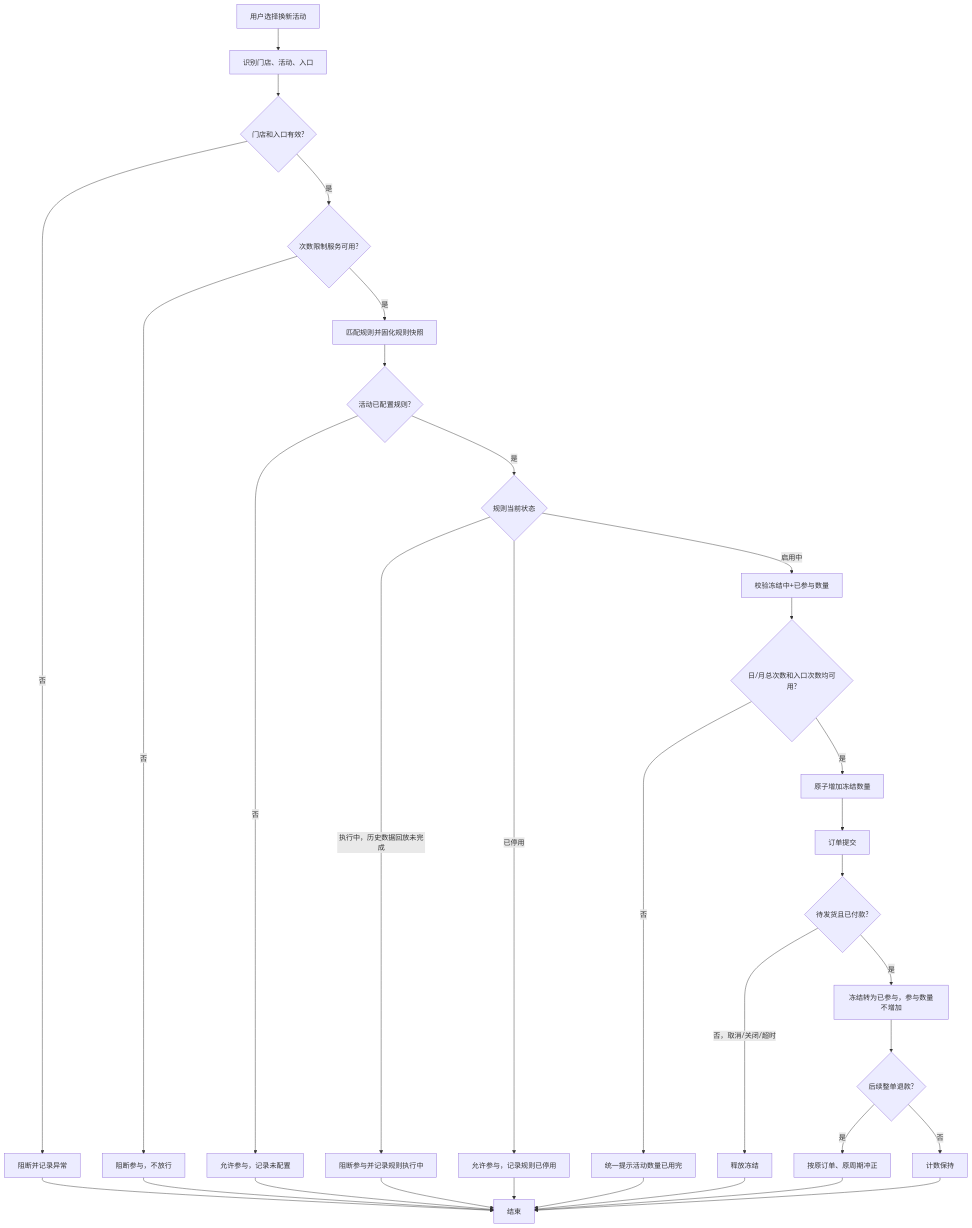
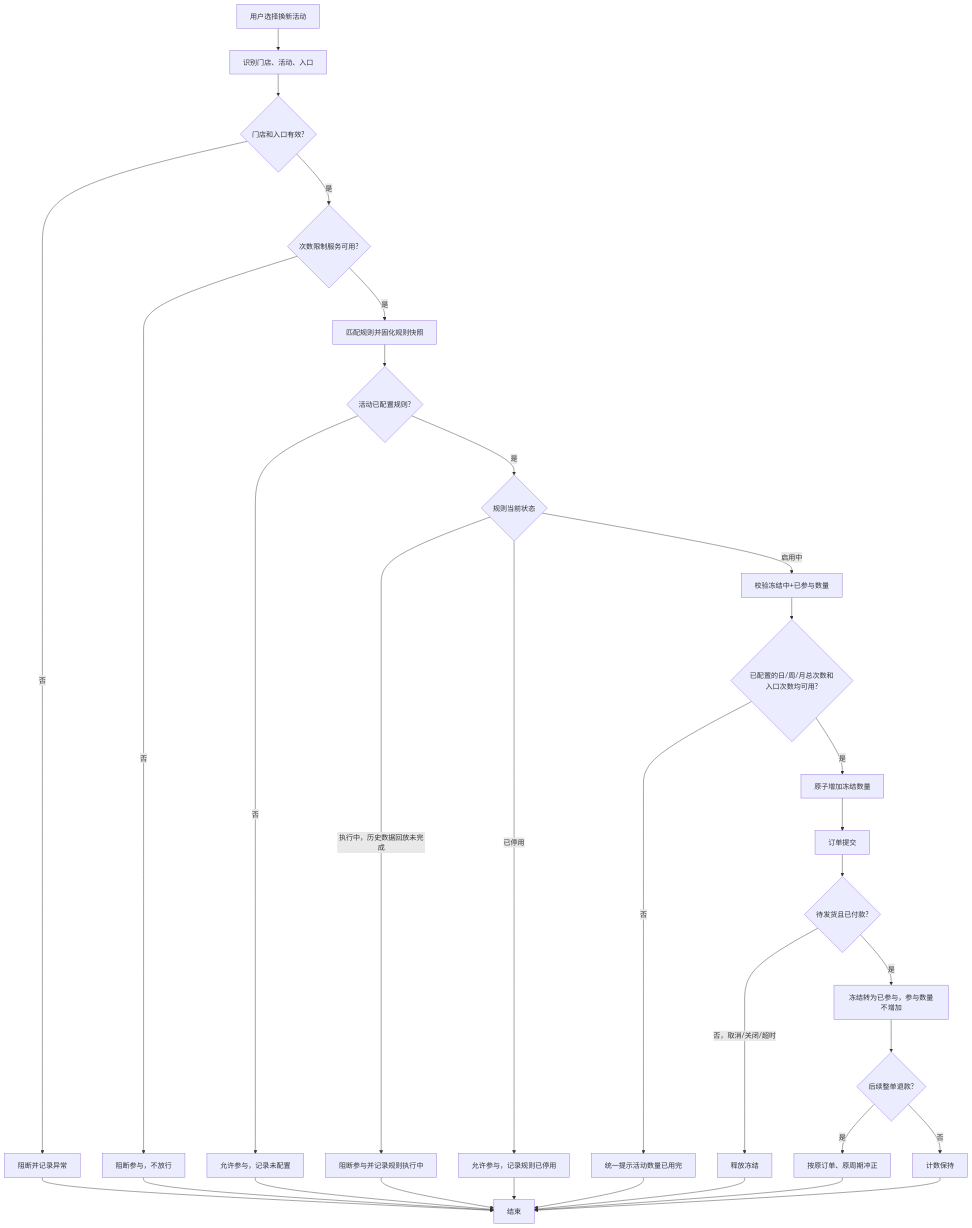
The diagram in prd.md (HBicon/renewal-activity-quota-review), drawn with Mermaid before and after one commit. The commit also changed other lines of this file and 7 other files, not shown here.

````diff
--- a/prd.md
+++ b/prd.md
@@ -518,34 +535,34 @@
 ```mermaid
 flowchart TD
     A[用户选择换新活动] --> B[识别门店、活动、入口]
     B --> C{门店和入口有效?}
     C -- 否 --> C1[阻断并记录异常]
     C -- 是 --> D{次数限制服务可用?}
     D -- 否 --> D1[阻断参与，不放行]
     D -- 是 --> E[匹配规则并固化规则快照]
     E --> F{活动已配置规则?}
     F -- 否 --> F1[允许参与，记录未配置]
     F -- 是 --> F0{规则当前状态}
     F0 -- 执行中，历史数据回放未完成 --> F5[阻断参与并记录规则执行中]
     F0 -- 已停用 --> F1A[允许参与，记录规则已停用]
     F0 -- 启用中 --> G[校验冻结中+已参与数量]
-    G --> H{日/月总次数和入口次数均可用?}
+    G --> H{已配置的日/周/月总次数和入口次数均可用?}
     H -- 否 --> H1[统一提示活动数量已用完]
     H -- 是 --> I[原子增加冻结数量]
     I --> J[订单提交]
     J --> K{待发货且已付款?}
     K -- 否，取消/关闭/超时 --> L[释放冻结]
     K -- 是 --> M[冻结转为已参与，参与数量不增加]
     M --> N{后续整单退款?}
     N -- 是 --> O[按原订单、原周期冲正]
     N -- 否 --> P[计数保持]
     L --> Q[结束]
     H1 --> Q
     C1 --> Q
     F1 --> Q
     F1A --> Q
     F5 --> Q
     D1 --> Q
     O --> Q
     P --> Q
 ```
````
